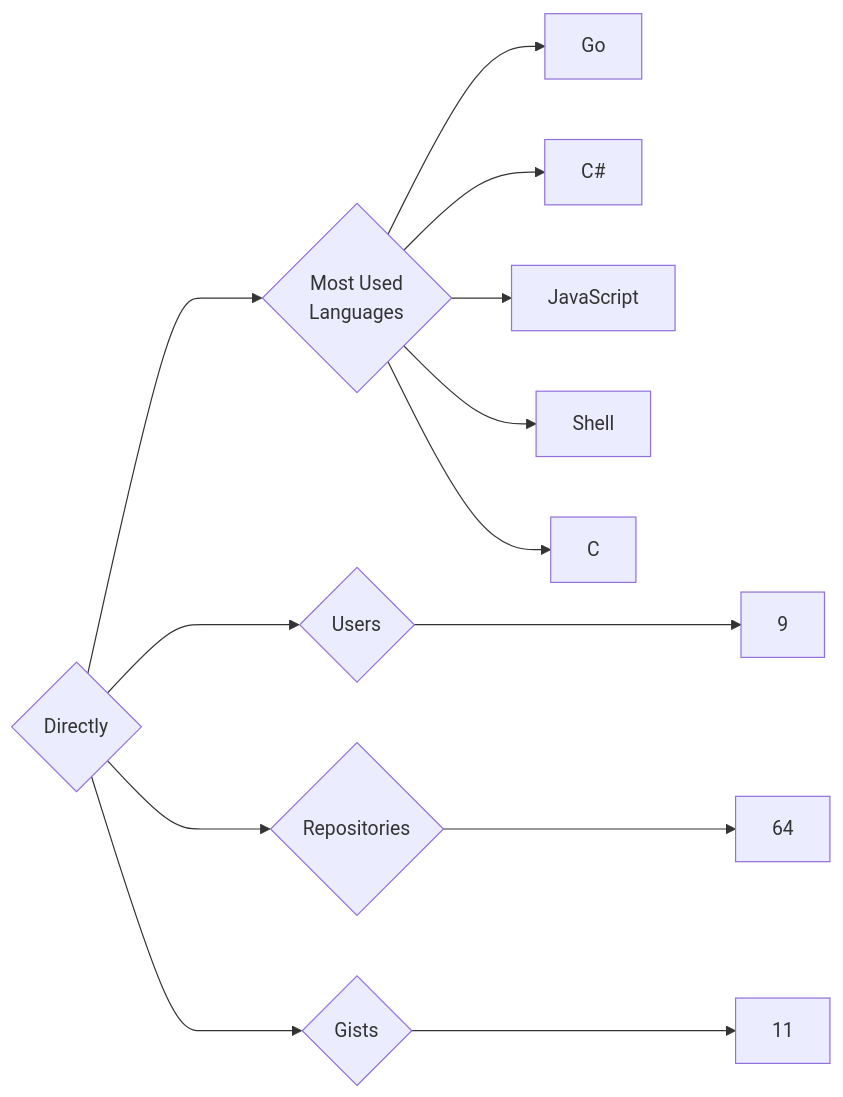
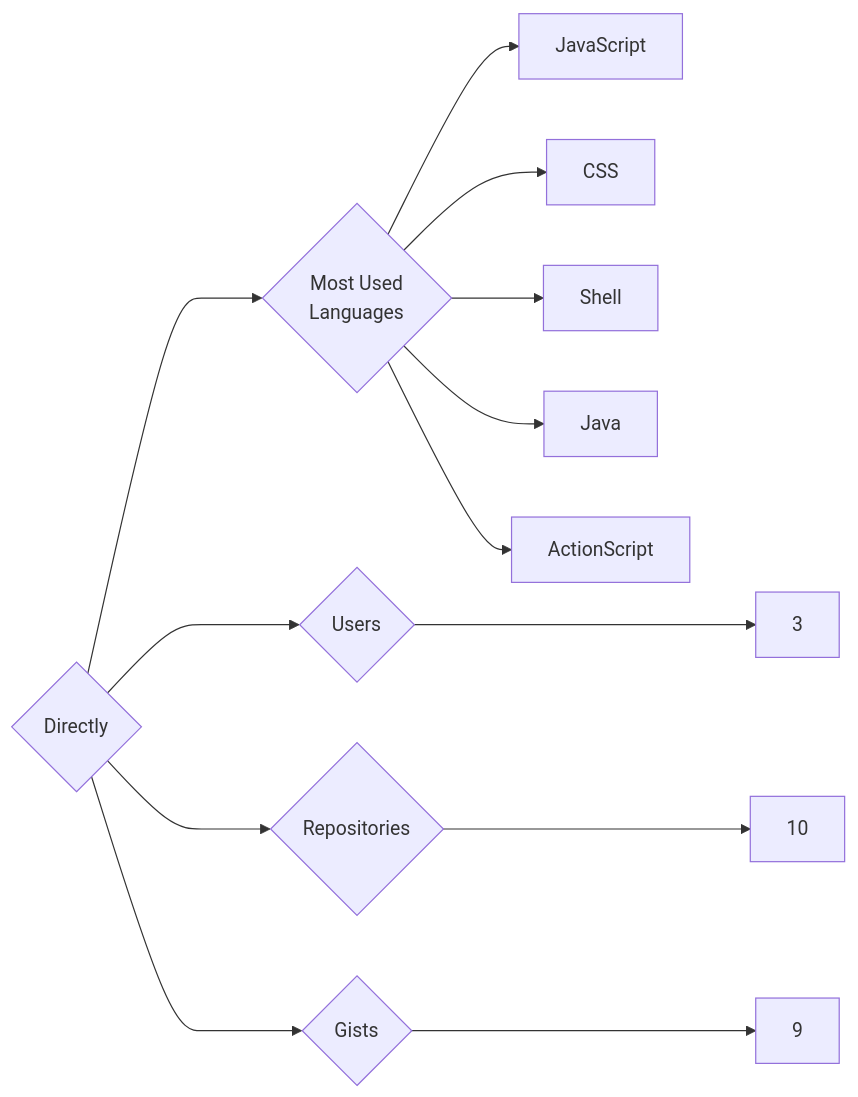
One commit to trickest/insiders changed the diagram in targets/Directly/README.md. Above: the diagram before and after it, drawn with Mermaid. The commit also changed 618 other files, not shown here.

````diff
--- a/targets/Directly/README.md
+++ b/targets/Directly/README.md
@@ -3,13 +3,13 @@
 ```mermaid
 graph LR
 COMPANY_NAME{Directly}
-COMPANY_NAME ---> U{Users} ---> UN[9]
-COMPANY_NAME ---> R{Repositories} ---> RN[64]
-COMPANY_NAME ---> G{Gists} ---> GN[11]
+COMPANY_NAME ---> U{Users} ---> UN[3]
+COMPANY_NAME ---> R{Repositories} ---> RN[10]
+COMPANY_NAME ---> G{Gists} ---> GN[9]
 COMPANY_NAME ---> ML{Most Used<br>Languages}
-ML --> Go[Go]
-ML --> C#[C#]
 ML --> JavaScript[JavaScript]
+ML --> CSS[CSS]
 ML --> Shell[Shell]
-ML --> C[C]
+ML --> Java[Java]
+ML --> ActionScript[ActionScript]
 ```
````
